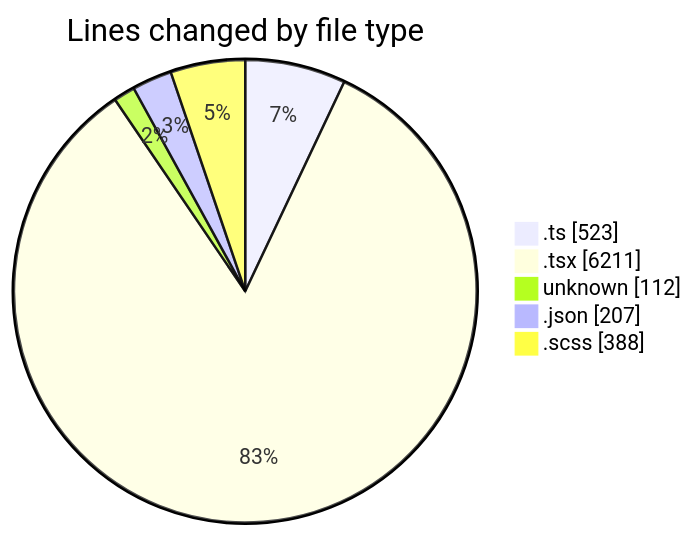
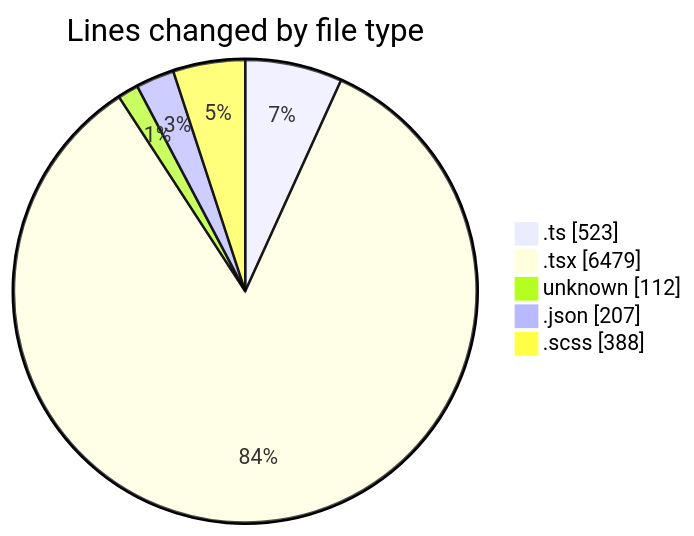
One commit to momahboobian/code-tracking changed the first of 2 diagrams in 2026-04-29/cda/README.md. Above: the diagram before and after it, drawn with Mermaid. The commit also changed other lines of this file and 1 other file, not shown here.

````diff
--- a/2026-04-29/cda/README.md
+++ b/2026-04-29/cda/README.md
@@ -53,9 +53,9 @@
 ```mermaid
 pie showData
 title Lines changed by file type
 ".ts" : 523
-".tsx" : 6211
+".tsx" : 6479
 "unknown" : 112
 ".json" : 207
 ".scss" : 388
 ```
````
